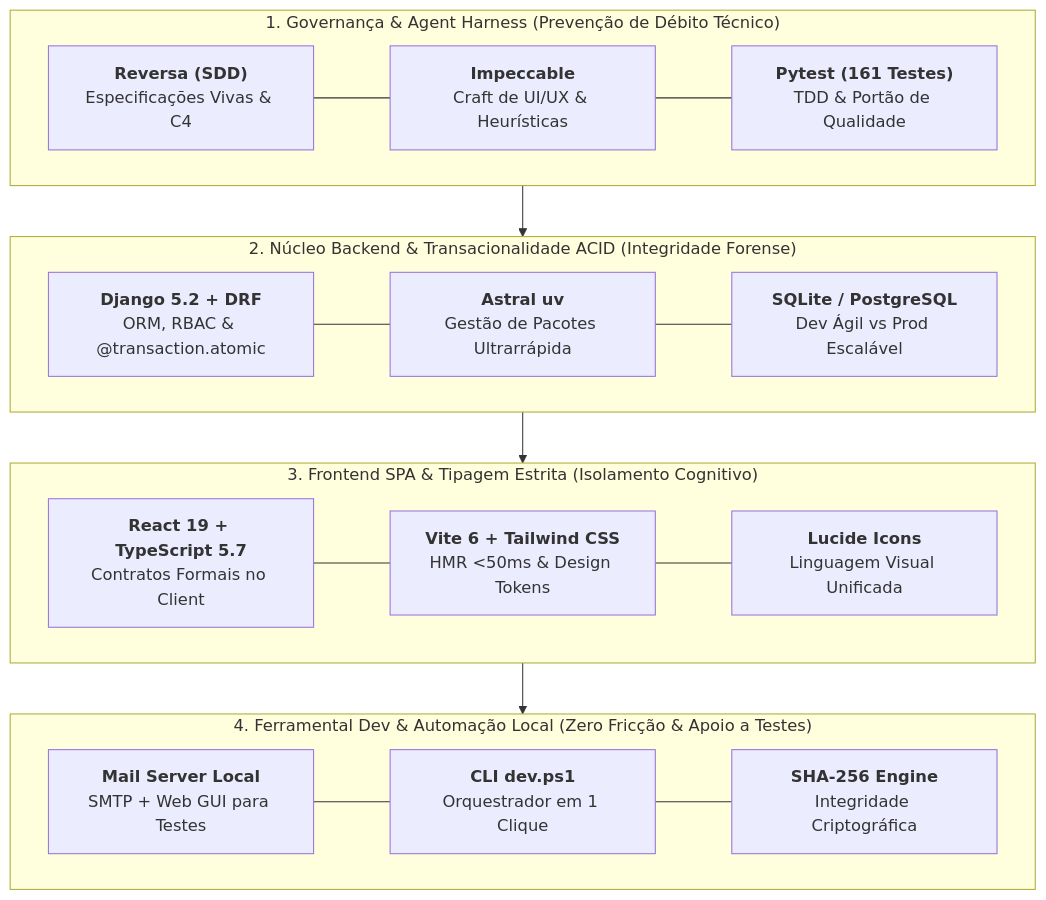
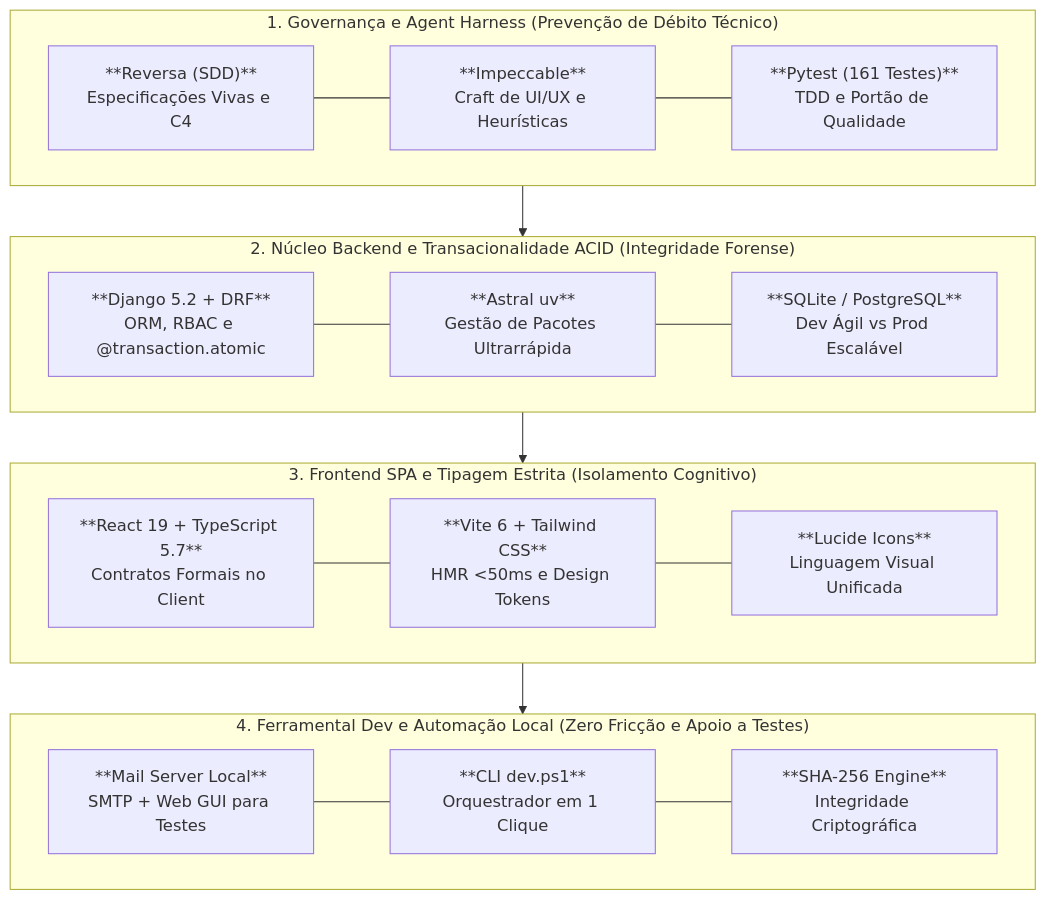
One commit to andresouza72br-sketch/SHM-Support-Hours-Manager changed the third of 3 diagrams in README.md. Above: the diagram before and after it, drawn with Mermaid. The commit also changed other lines of this file and 1 other file, not shown here.

Commit message:
docs: corrige renderizacao dos diagramas mermaid e adiciona links do linkedin no manifesto e readme

````diff
--- a/README.md
+++ b/README.md
@@ -284,24 +291,24 @@
 ```mermaid
 flowchart TD
-    subgraph Metodologia["1. Governança & Agent Harness (Prevenção de Débito Técnico)"]
+    subgraph Metodologia ["1. Governança e Agent Harness (Prevenção de Débito Técnico)"]
         direction LR
-        M1["<b>Reversa (SDD)</b><br>Especificações Vivas & C4"] --- M2["<b>Impeccable</b><br>Craft de UI/UX & Heurísticas"] --- M3["<b>Pytest (161 Testes)</b><br>TDD & Portão de Qualidade"]
+        M1["**Reversa (SDD)**<br>Especificações Vivas e C4"] --- M2["**Impeccable**<br>Craft de UI/UX e Heurísticas"] --- M3["**Pytest (161 Testes)**<br>TDD e Portão de Qualidade"]
     end
 
-    subgraph Core["2. Núcleo Backend & Transacionalidade ACID (Integridade Forense)"]
+    subgraph Core ["2. Núcleo Backend e Transacionalidade ACID (Integridade Forense)"]
         direction LR
-        B1["<b>Django 5.2 + DRF</b><br>ORM, RBAC & @transaction.atomic"] --- B2["<b>Astral uv</b><br>Gestão de Pacotes Ultrarrápida"] --- B3["<b>SQLite / PostgreSQL</b><br>Dev Ágil vs Prod Escalável"]
+        B1["**Django 5.2 + DRF**<br>ORM, RBAC e @transaction.atomic"] --- B2["**Astral uv**<br>Gestão de Pacotes Ultrarrápida"] --- B3["**SQLite / PostgreSQL**<br>Dev Ágil vs Prod Escalável"]
     end
 
-    subgraph Client["3. Frontend SPA & Tipagem Estrita (Isolamento Cognitivo)"]
+    subgraph Client ["3. Frontend SPA e Tipagem Estrita (Isolamento Cognitivo)"]
         direction LR
-        F1["<b>React 19 + TypeScript 5.7</b><br>Contratos Formais no Client"] --- F2["<b>Vite 6 + Tailwind CSS</b><br>HMR <50ms & Design Tokens"] --- F3["<b>Lucide Icons</b><br>Linguagem Visual Unificada"]
+        F1["**React 19 + TypeScript 5.7**<br>Contratos Formais no Client"] --- F2["**Vite 6 + Tailwind CSS**<br>HMR <50ms e Design Tokens"] --- F3["**Lucide Icons**<br>Linguagem Visual Unificada"]
     end
 
-    subgraph Tools["4. Ferramental Dev & Automação Local (Zero Fricção & Apoio a Testes)"]
+    subgraph Tools ["4. Ferramental Dev e Automação Local (Zero Fricção e Apoio a Testes)"]
         direction LR
-        T1["<b>Mail Server Local</b><br>SMTP + Web GUI para Testes"] --- T2["<b>CLI dev.ps1</b><br>Orquestrador em 1 Clique"] --- T3["<b>SHA-256 Engine</b><br>Integridade Criptográfica"]
+        T1["**Mail Server Local**<br>SMTP + Web GUI para Testes"] --- T2["**CLI dev.ps1**<br>Orquestrador em 1 Clique"] --- T3["**SHA-256 Engine**<br>Integridade Criptográfica"]
     end
 
     Metodologia --> Core --> Client --> Tools
 ```
````
